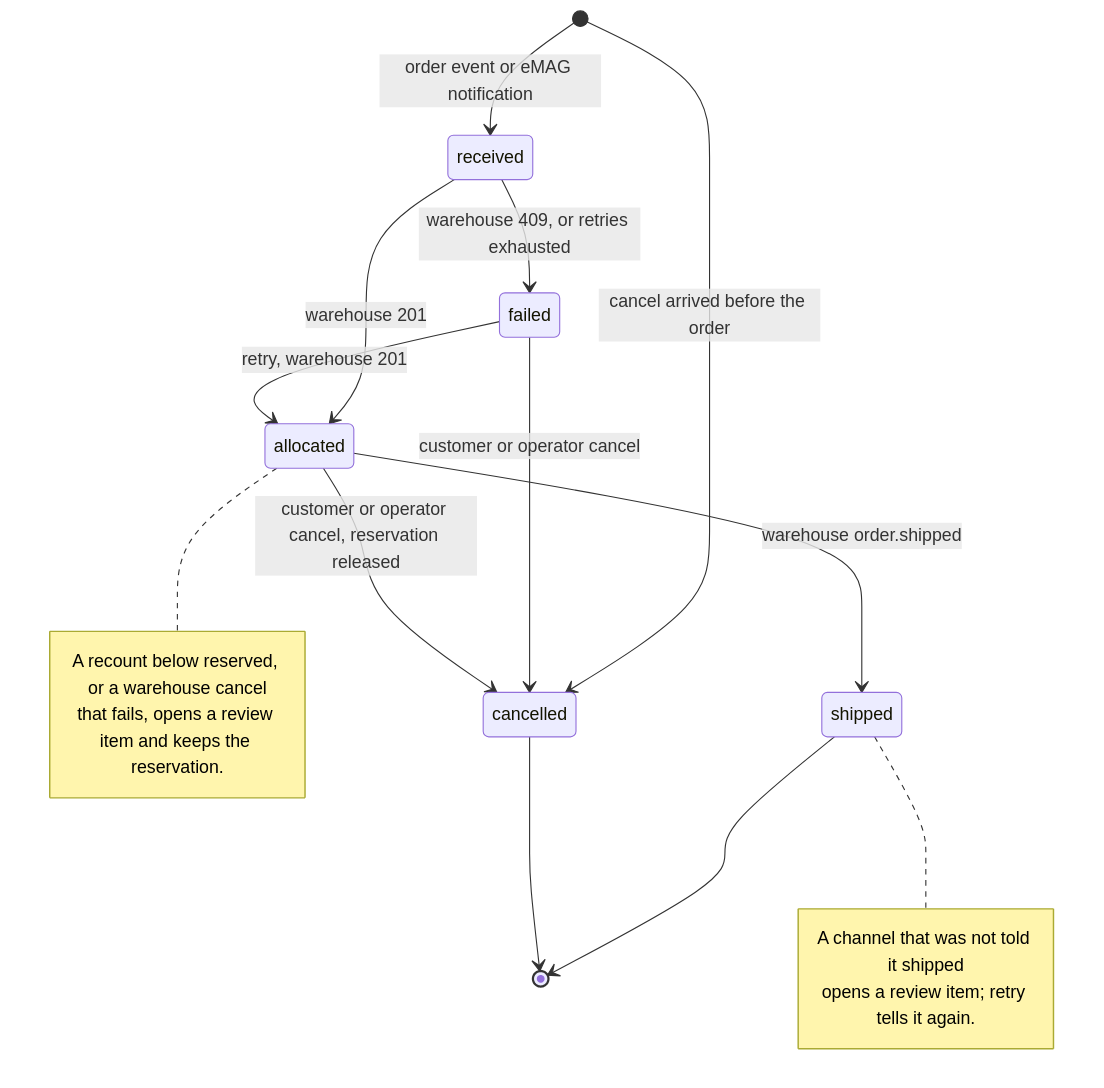
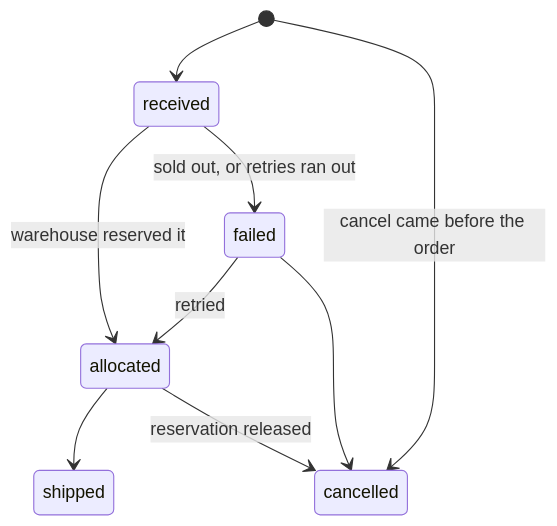
The fourth of 4 diagrams in docs/architecture.md (PantelimonGulie/adb-glue-service), drawn with Mermaid before and after one commit. The commit also changed other lines of this file and 29 other files, not shown here.

````diff
--- a/docs/architecture.md
+++ b/docs/architecture.md
@@ -359,21 +135,11 @@
 ```mermaid
 stateDiagram-v2
-    [*] --> received: order event or eMAG notification
-    [*] --> cancelled: cancel arrived before the order
-    received --> allocated: warehouse 201
-    received --> failed: warehouse 409, or retries exhausted
-    failed --> allocated: retry, warehouse 201
-    failed --> cancelled: customer or operator cancel
-    allocated --> shipped: warehouse order.shipped
-    allocated --> cancelled: customer or operator cancel, reservation released
-    shipped --> [*]
-    cancelled --> [*]
-    note right of allocated
-        A recount below reserved, or a warehouse cancel
-        that fails, opens a review item and keeps the reservation.
-    end note
-    note right of shipped
-        A channel that was not told it shipped
-        opens a review item; retry tells it again.
-    end note
+    [*] --> received
+    [*] --> cancelled: cancel came before the order
+    received --> allocated: warehouse reserved it
+    received --> failed: sold out, or retries ran out
+    failed --> allocated: retried
+    failed --> cancelled
+    allocated --> shipped
+    allocated --> cancelled: reservation released
 ```
````
